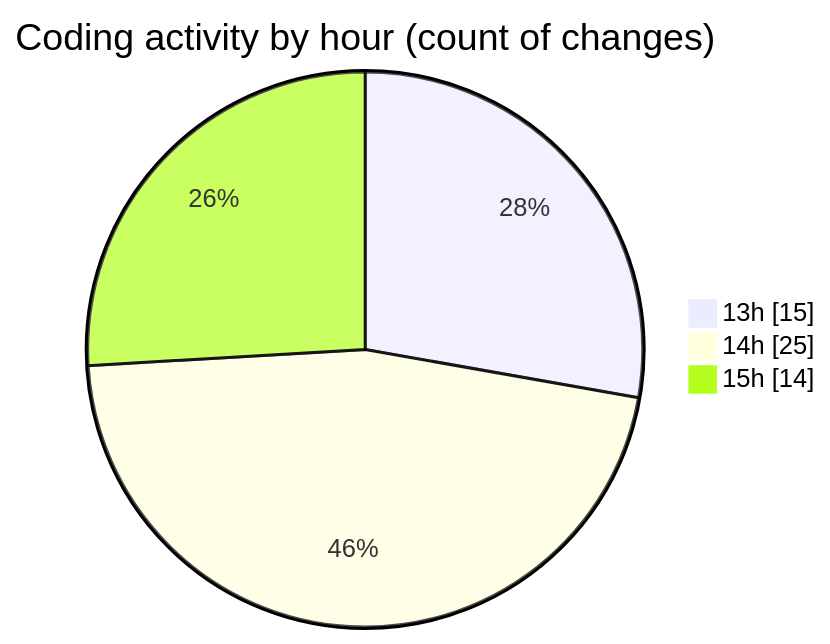
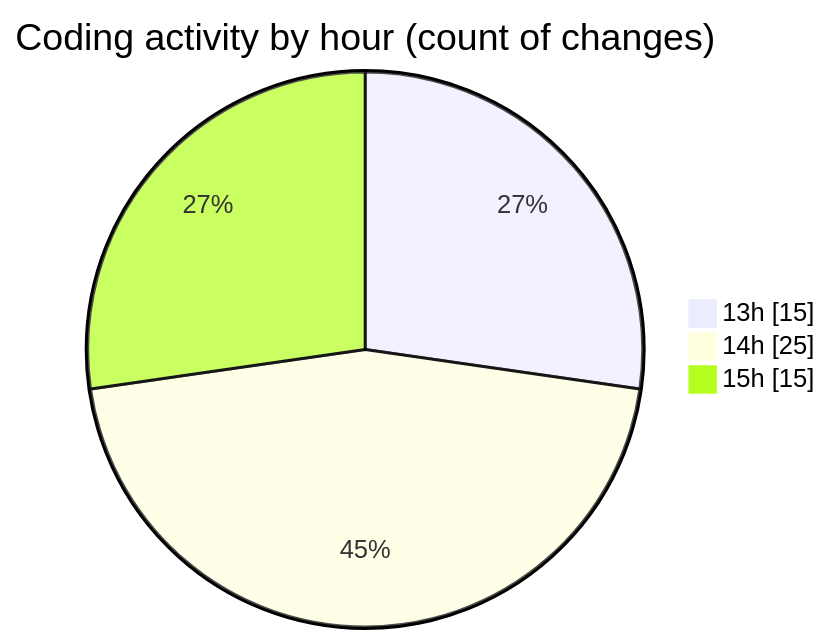
The second of 2 diagrams in 2025-09-17/cda/README.md (momahboobian/code-tracking), drawn with Mermaid before and after one commit. The commit also changed other lines of this file and 1 other file, not shown here.

````diff
--- a/2025-09-17/cda/README.md
+++ b/2025-09-17/cda/README.md
@@ -35,7 +35,7 @@
 ```mermaid
 pie showData
 title Coding activity by hour (count of changes)
 "13h" : 15
 "14h" : 25
-"15h" : 14
+"15h" : 15
 ```
````
